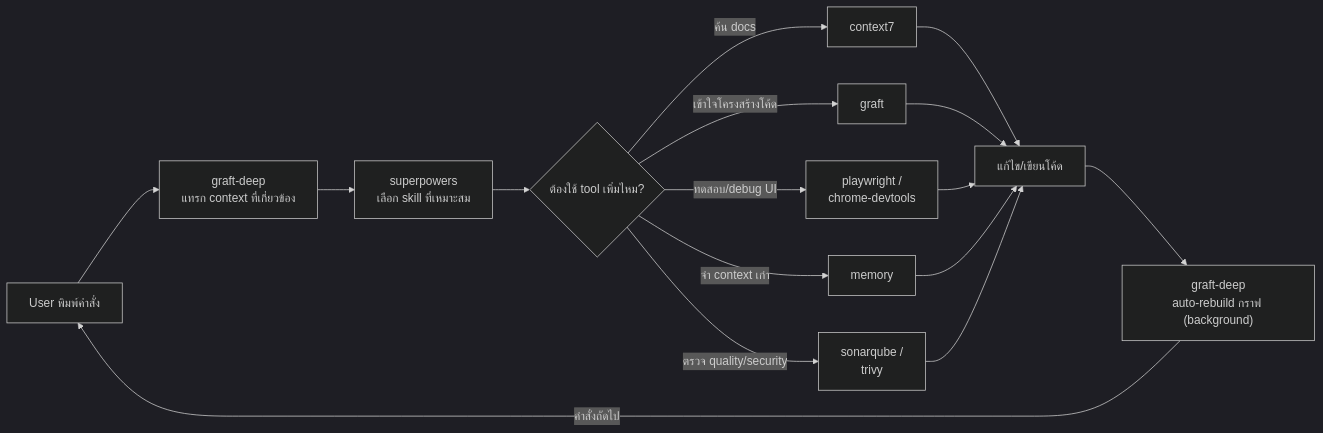
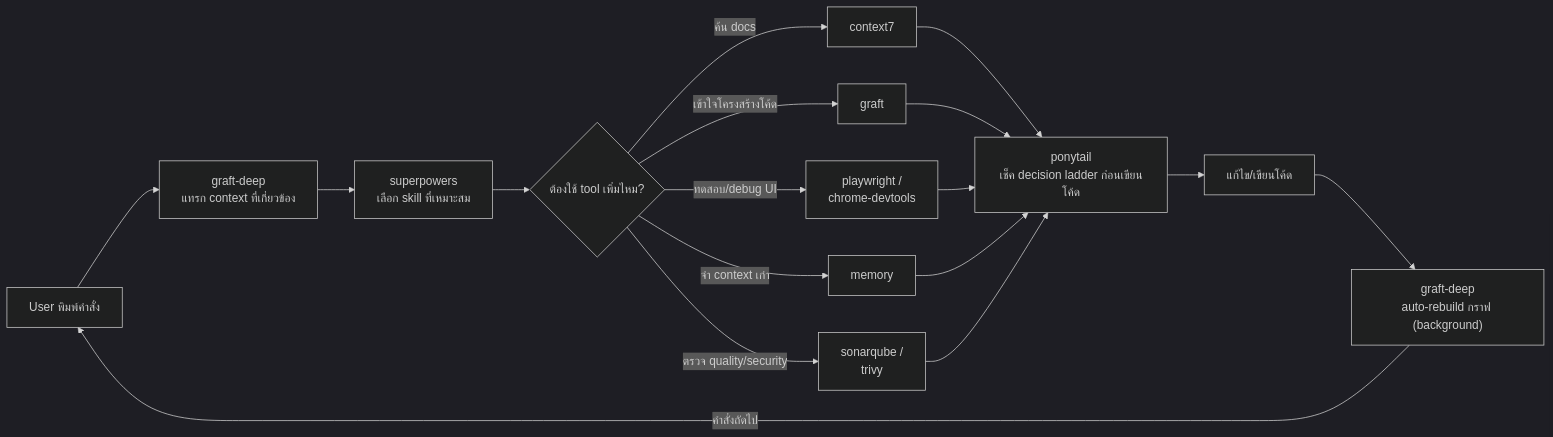
One commit to adcident12/my-manual-opencode changed the third of 3 diagrams in USER-MANUAL.md. Above: the diagram before and after it, drawn with Mermaid (dark theme). The commit also changed other lines of this file, not shown here.

Commit message:
Add ponytail as an actual node in the micro-workflow diagram
Previous commit only described ponytail in a note below the diagram;
it now appears as node L, sitting between tool selection and the
code-writing step, matching how graft-deep/superpowers are drawn.

````diff
--- a/USER-MANUAL.md
+++ b/USER-MANUAL.md
@@ -66,18 +66,19 @@
 ```mermaid
 graph LR
     A["User พิมพ์คำสั่ง"] --> B["graft-deep<br/>แทรก context ที่เกี่ยวข้อง"]
     B --> C["superpowers<br/>เลือก skill ที่เหมาะสม"]
     C --> D{"ต้องใช้ tool เพิ่มไหม?"}
     D -->|ค้น docs| E["context7"]
     D -->|เข้าใจโครงสร้างโค้ด| F["graft"]
     D -->|ทดสอบ/debug UI| G["playwright /<br/>chrome-devtools"]
     D -->|จำ context เก่า| H["memory"]
     D -->|ตรวจ quality/security| K["sonarqube /<br/>trivy"]
-    E --> I["แก้ไข/เขียนโค้ด"]
-    F --> I
-    G --> I
-    H --> I
-    K --> I
+    E --> L["ponytail<br/>เช็ค decision ladder ก่อนเขียนโค้ด"]
+    F --> L
+    G --> L
+    H --> L
+    K --> L
+    L --> I["แก้ไข/เขียนโค้ด"]
     I --> J["graft-deep<br/>auto-rebuild กราฟ (background)"]
     J -->|คำสั่งถัดไป| A
 ```
````
